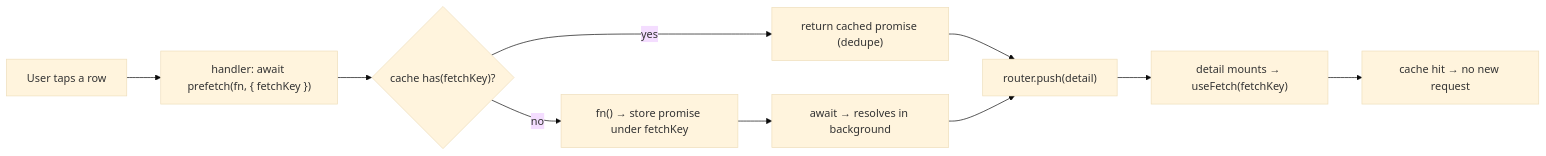
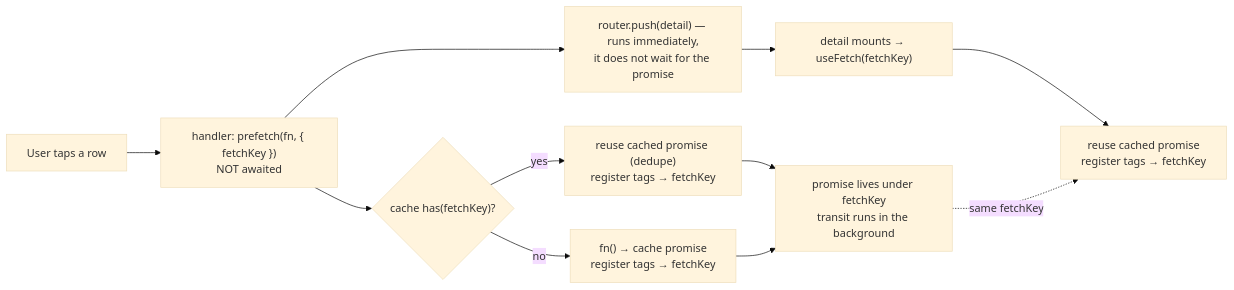
Before and after one commit to chuhaiphu/fetchwire: the first of 3 diagrams in docs/architecture/PREFETCH-FLOW.md, drawn with Mermaid (base theme). The commit also changed other lines of this file and 14 other files, not shown here.

````diff
--- a/docs/architecture/PREFETCH-FLOW.md
+++ b/docs/architecture/PREFETCH-FLOW.md
@@ -15,12 +15,13 @@
 ```mermaid
 flowchart LR
-    User["User taps a row"] --> H["handler: await prefetch(fn, { fetchKey })"]
+    User["User taps a row"] --> H["handler: prefetch(fn, { fetchKey })<br/>NOT awaited"]
     H --> HIT{"cache has(fetchKey)?"}
-    HIT -->|"yes"| RET["return cached promise (dedupe)"]
-    HIT -->|"no"| RUN["fn() → store promise under fetchKey"]
-    RUN --> AWAIT["await → resolves in background"]
-    RET --> NAV["router.push(detail)"]
-    AWAIT --> NAV
+    HIT -->|"yes"| DEDUPE["reuse cached promise (dedupe)<br/>register tags → fetchKey"]
+    HIT -->|"no"| NEW["fn() → cache promise<br/>register tags → fetchKey"]
+    DEDUPE --> WARM["promise lives under fetchKey<br/>transit runs in the background"]
+    NEW --> WARM
+    H --> NAV["router.push(detail) — runs immediately,<br/>it does not wait for the promise"]
     NAV --> MOUNT["detail mounts → useFetch(fetchKey)"]
-    MOUNT --> REUSE["cache hit → no new request"]
+    MOUNT --> REUSE["reuse cached promise<br/>register tags → fetchKey"]
+    WARM -.->|"same fetchKey"| REUSE
 ```
````
